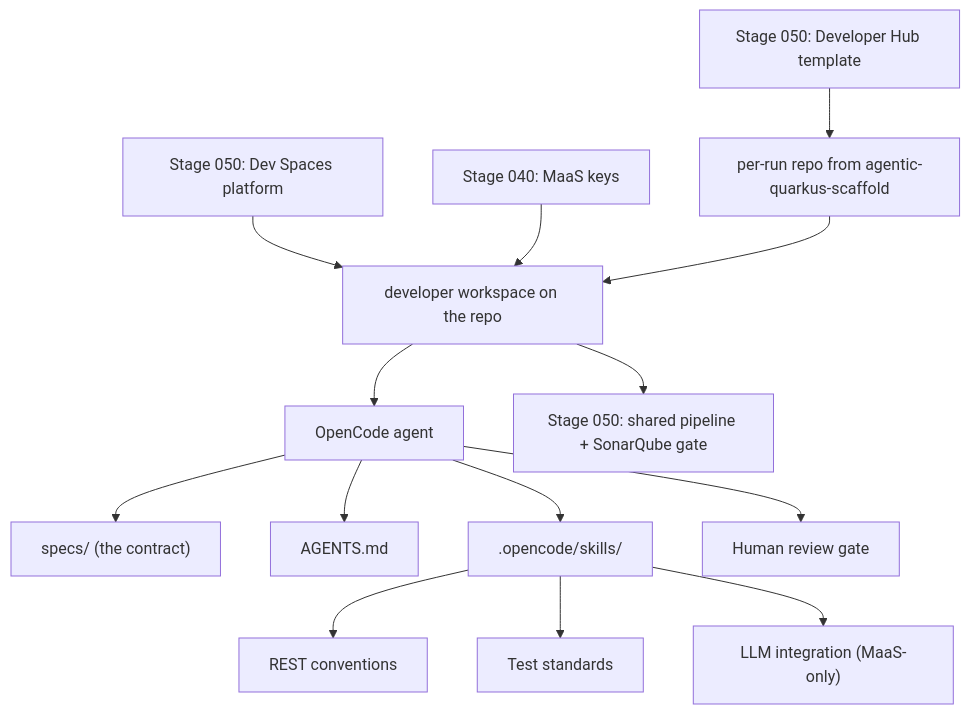
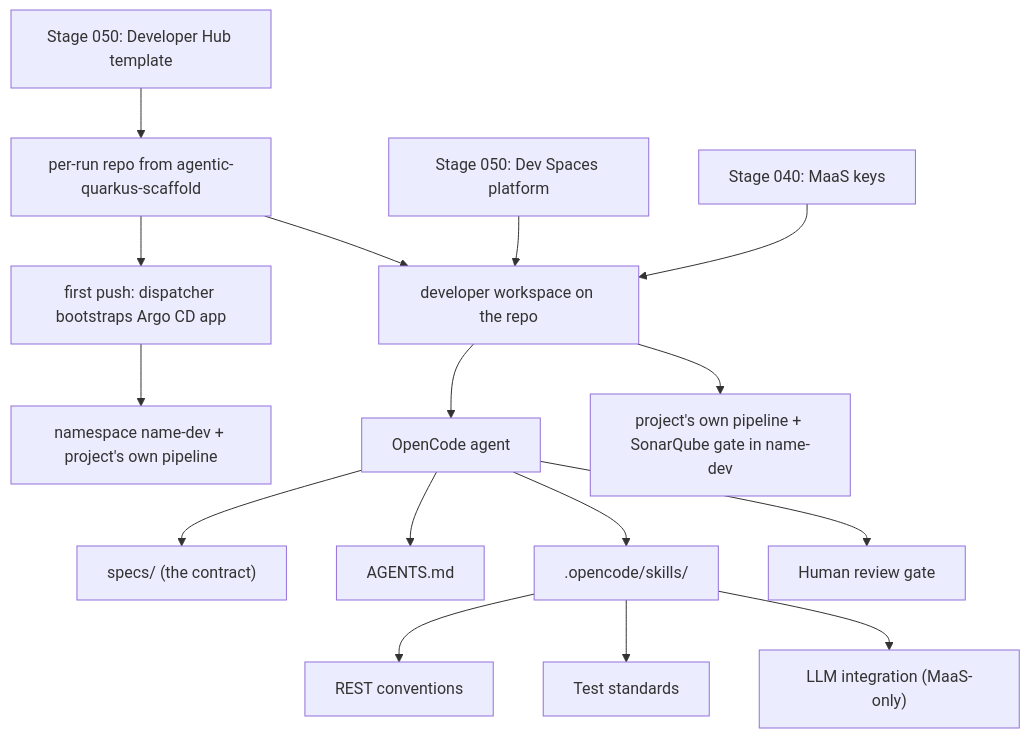
The diagram in stages/070-ai-agentic-development/README.md (adnan-drina/rhoai3-coding-demo), drawn with Mermaid before and after one commit. The commit also changed other lines of this file and 8 other files, not shown here.

First line of the commit message:
feat: scaffolded projects self-provision via dispatcher bootstrap; catalog slimmed to the 060 entry point

````diff
--- a/stages/070-ai-agentic-development/README.md
+++ b/stages/070-ai-agentic-development/README.md
@@ -39,16 +39,18 @@
 ```mermaid
 flowchart TD
   portal["Stage 050: Developer Hub template"] --> repo["per-run repo from agentic-quarkus-scaffold"]
+  repo --> bootstrap["first push: dispatcher bootstraps Argo CD app"]
+  bootstrap --> project["namespace name-dev + project's own pipeline"]
   devspaces["Stage 050: Dev Spaces platform"] --> workspace["developer workspace on the repo"]
   maas["Stage 040: MaaS keys"] --> workspace
   repo --> workspace
   workspace --> opencode["OpenCode agent"]
   opencode --> spec["specs/ (the contract)"]
   opencode --> agentsmd["AGENTS.md"]
   opencode --> skills[".opencode/skills/"]
   skills --> rest["REST conventions"]
   skills --> tests["Test standards"]
   skills --> llm["LLM integration (MaaS-only)"]
   opencode --> review["Human review gate"]
-  workspace --> pipeline["Stage 050: shared pipeline + SonarQube gate"]
+  workspace --> pipeline["project's own pipeline + SonarQube gate in name-dev"]
 ```
````
